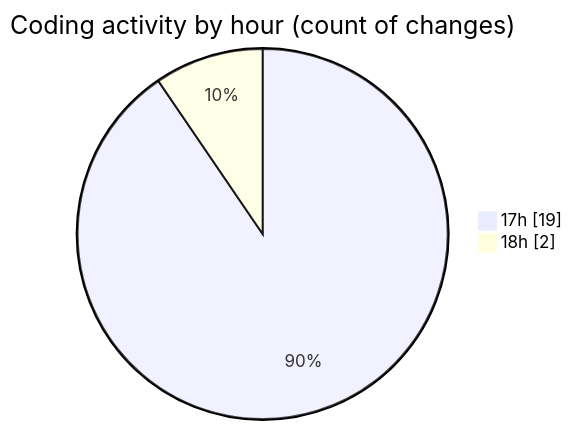
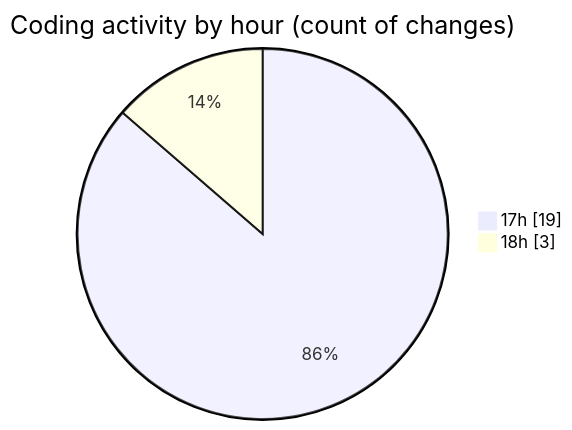
One commit to Ritupan-Deka/code-tracking changed the second of 2 diagrams in 2025-06-03/realtimechat/README.md. Above: the diagram before and after it, drawn with Mermaid. The commit also changed other lines of this file and 1 other file, not shown here.

````diff
--- a/2025-06-03/realtimechat/README.md
+++ b/2025-06-03/realtimechat/README.md
@@ -37,6 +37,6 @@
 ```mermaid
 pie showData
 title Coding activity by hour (count of changes)
 "17h" : 19
-"18h" : 2
+"18h" : 3
 ```
````
